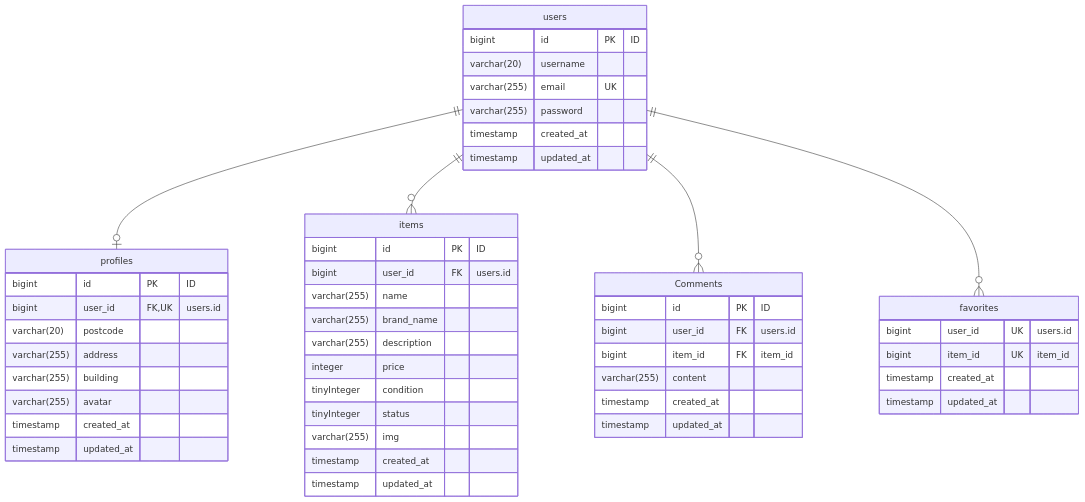
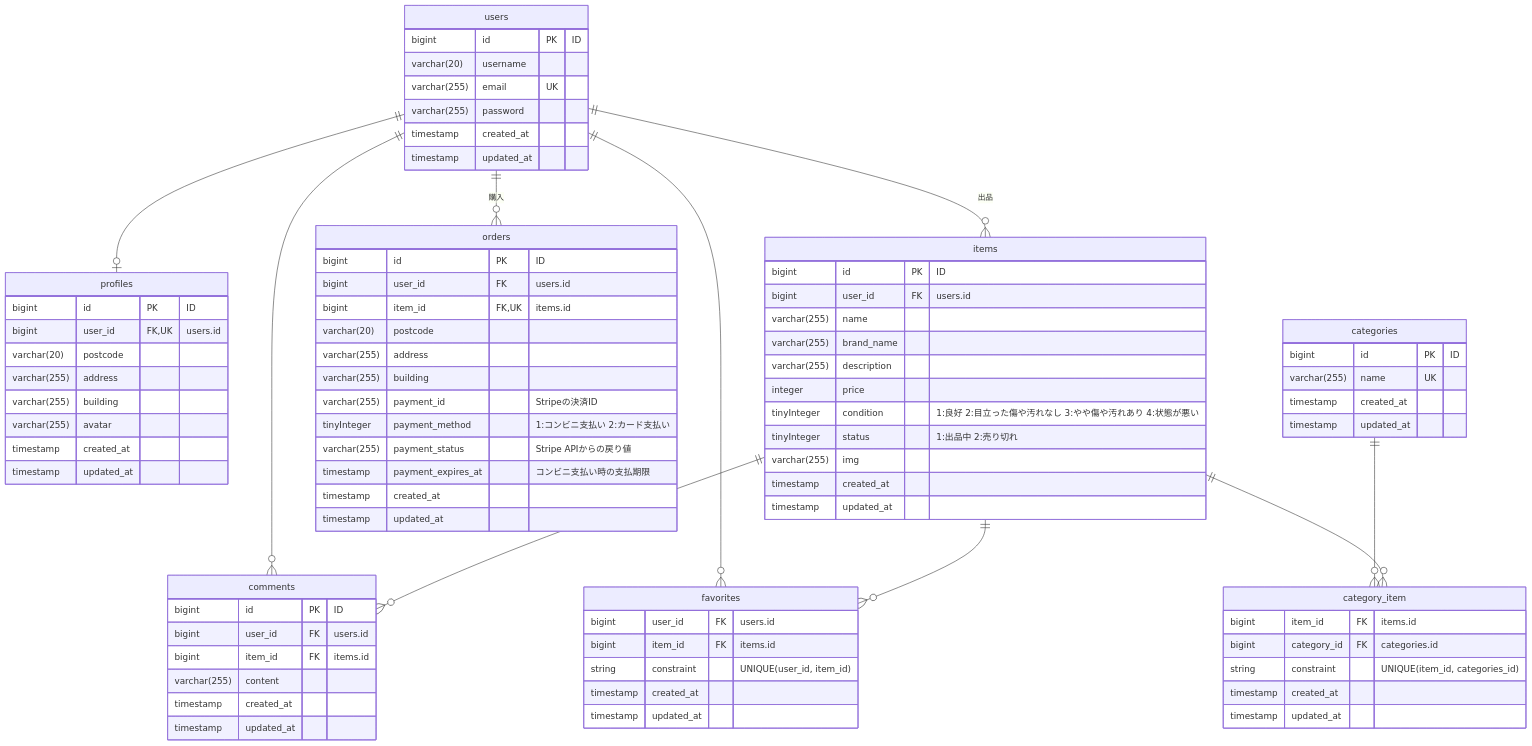
Before and after one commit to nozomishibutani/marketplace-project: the diagram in erd.md, drawn with Mermaid.

Commit message:
完了：ER図

````diff
--- a/erd.md
+++ b/erd.md
@@ -3,6 +3,7 @@
 ```mermaid
 
 erDiagram
+%%{init: {'theme': 'default'}}%%
     users ||--o| profiles : ""
 
     users {
@@ -25,7 +26,7 @@
         timestamp updated_at
     }
 
-    users ||--o{ items : ""
+    users ||--o{ items : "出品"
 
     items {
         bigint id PK "ID"
@@ -34,29 +35,68 @@
         varchar(255) brand_name
         varchar(255) description
         integer price
-        tinyInteger condition
-        tinyInteger status
+        tinyInteger condition "1:良好 2:目立った傷や汚れなし 3:やや傷や汚れあり 4:状態が悪い"
+        tinyInteger status "1:出品中 2:売り切れ"
         varchar(255) img
         timestamp created_at
         timestamp updated_at
     }
 
-    users ||--o{ Comments : ""
+    users ||--o{ comments : ""
 
-    Comments {
+    comments {
         bigint id PK "ID"
         bigint user_id FK "users.id"
-        bigint item_id FK "item_id"
+        bigint item_id FK "items.id"
         varchar(255) content
         timestamp created_at
         timestamp updated_at
     }
 
-     users ||--o{ favorites : ""
+     items ||--o{ comments : ""
+
+    users ||--o{ favorites : ""
+    items ||--o{ favorites : ""
 
     favorites {
-        bigint user_id UK "users.id"
-        bigint item_id UK "item_id"
+        bigint user_id FK "users.id"
+        bigint item_id FK "items.id"
+        string constraint "UNIQUE(user_id, item_id)"
+        timestamp created_at
+        timestamp updated_at
+    }
+
+    users ||--o{ orders : "購入"
+
+    orders {
+        bigint id PK "ID"
+        bigint user_id FK "users.id"
+        bigint item_id FK,UK "items.id"
+        varchar(20) postcode
+        varchar(255) address
+        varchar(255) building
+        varchar(255) payment_id "Stripeの決済ID"
+        tinyInteger payment_method "1:コンビニ支払い 2:カード支払い"
+        varchar(255) payment_status "Stripe APIからの戻り値"
+        timestamp payment_expires_at "コンビニ支払い時の支払期限"
+        timestamp created_at
+        timestamp updated_at
+    }
+
+    categories ||--o{ category_item : ""
+    items ||--o{ category_item : ""
+
+    categories {
+        bigint id PK "ID"
+        varchar(255) name UK
+        timestamp created_at
+        timestamp updated_at
+    }
+
+    category_item {
+        bigint item_id FK "items.id"
+        bigint category_id FK "categories.id"
+        string constraint "UNIQUE(item_id, categories_id)"
         timestamp created_at
         timestamp updated_at
     }
````
